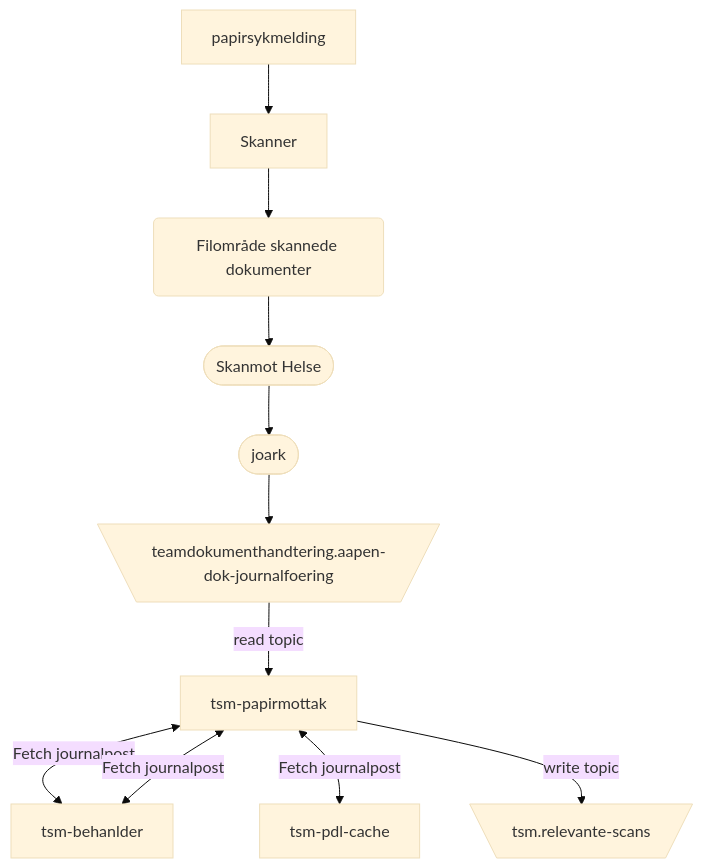
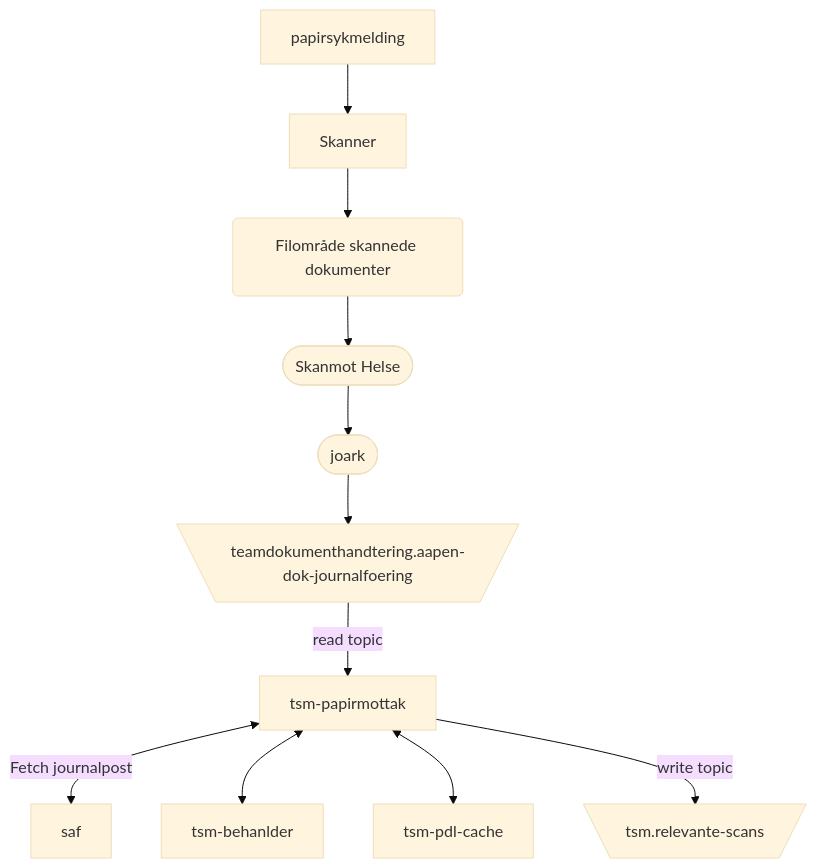
The diagram in README.md (navikt/tsm-papirmottak), drawn with Mermaid (base theme) before and after one commit.

Commit message:
Update README with correct fetch journalpost links

````diff
--- a/README.md
+++ b/README.md
@@ -7,13 +7,13 @@
 ```mermaid
   graph TD
     papirsykmelding --> Skanner
     Skanner --> id1(Filområde skannede dokumenter)
     id1(Filområde skannede dokumenter) --> id2([Skanmot Helse])
     id2([Skanmot Helse]) --> id3([joark])
     id3([joark]) --> A[\teamdokumenthandtering.aapen-dok-journalfoering/]
     A[\teamdokumenthandtering.aapen-dok-journalfoering/] --> |read topic| id4[tsm-papirmottak]
     id4[tsm-papirmottak] <--> |Fetch journalpost| id5[saf]
-    id4[tsm-papirmottak] <--> |Fetch journalpost| id5[tsm-behanlder]
-    id4[tsm-papirmottak] <--> |Fetch journalpost| id6[tsm-pdl-cache]
+    id4[tsm-papirmottak] <--> id6[tsm-behanlder]
+    id4[tsm-papirmottak] <--> id7[tsm-pdl-cache]
     id4[tsm-papirmottak] --> |write topic| C[\tsm.relevante-scans/]
 ```
````
